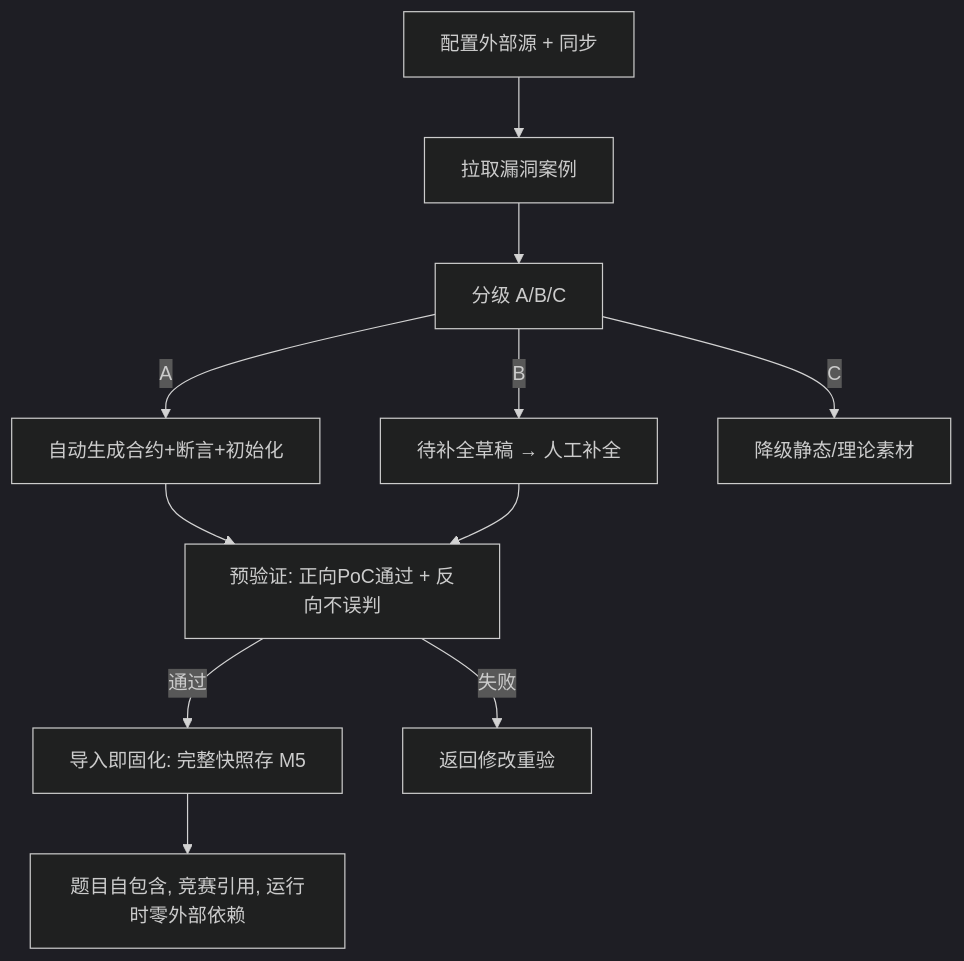
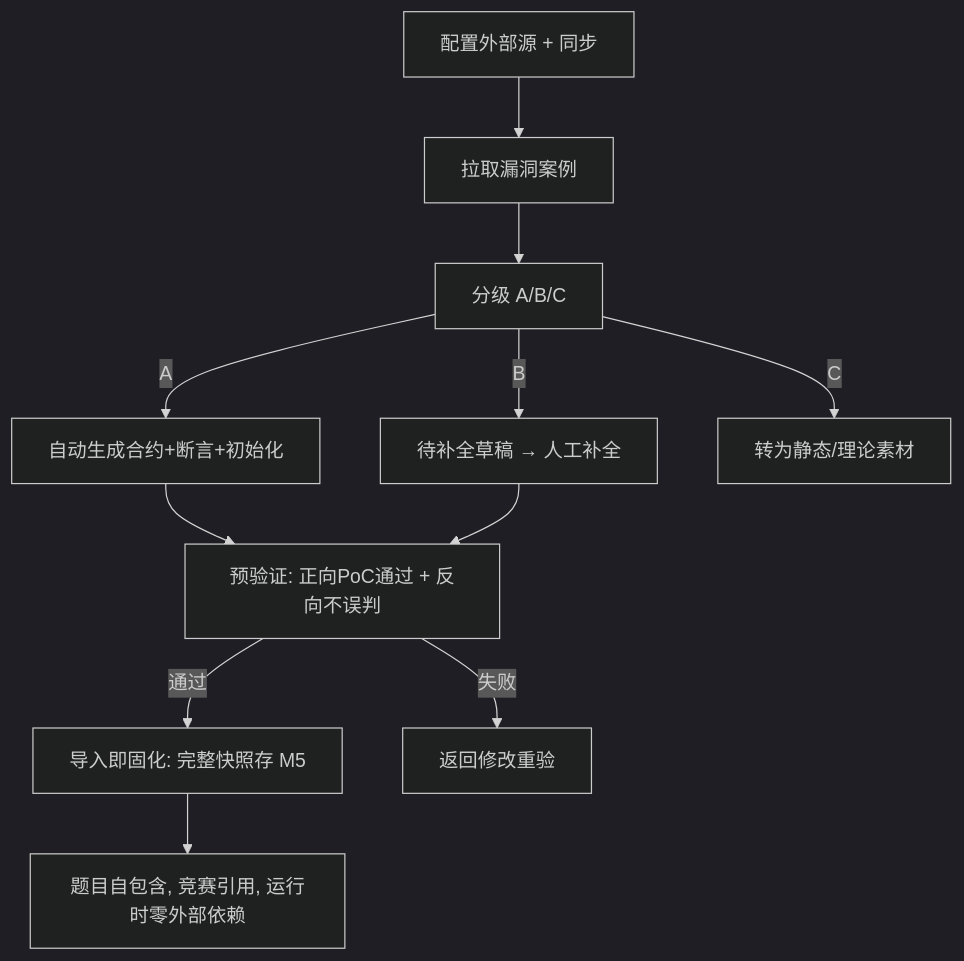
Before and after one commit to menghuishisan/CHAIMIR: the seventh of 8 diagrams in docs/08-竞赛/05-业务流程与状态机.md, drawn with Mermaid (dark theme). The commit also changed 499 other files, not shown here.

````diff
--- a/docs/08-竞赛/05-业务流程与状态机.md
+++ b/docs/08-竞赛/05-业务流程与状态机.md
@@ -117,13 +117,13 @@
 ```mermaid
 flowchart TD
     A[配置外部源 + 同步] --> B[拉取漏洞案例]
     B --> C[分级 A/B/C]
     C -->|A| D[自动生成合约+断言+初始化]
     C -->|B| E[待补全草稿 → 人工补全]
-    C -->|C| F[降级静态/理论素材]
+    C -->|C| F[转为静态/理论素材]
     D --> G[预验证: 正向PoC通过 + 反向不误判]
     E --> G
     G -->|通过| H[导入即固化: 完整快照存 M5]
     G -->|失败| I[返回修改重验]
     H --> J[题目自包含, 竞赛引用, 运行时零外部依赖]
 ```
````
